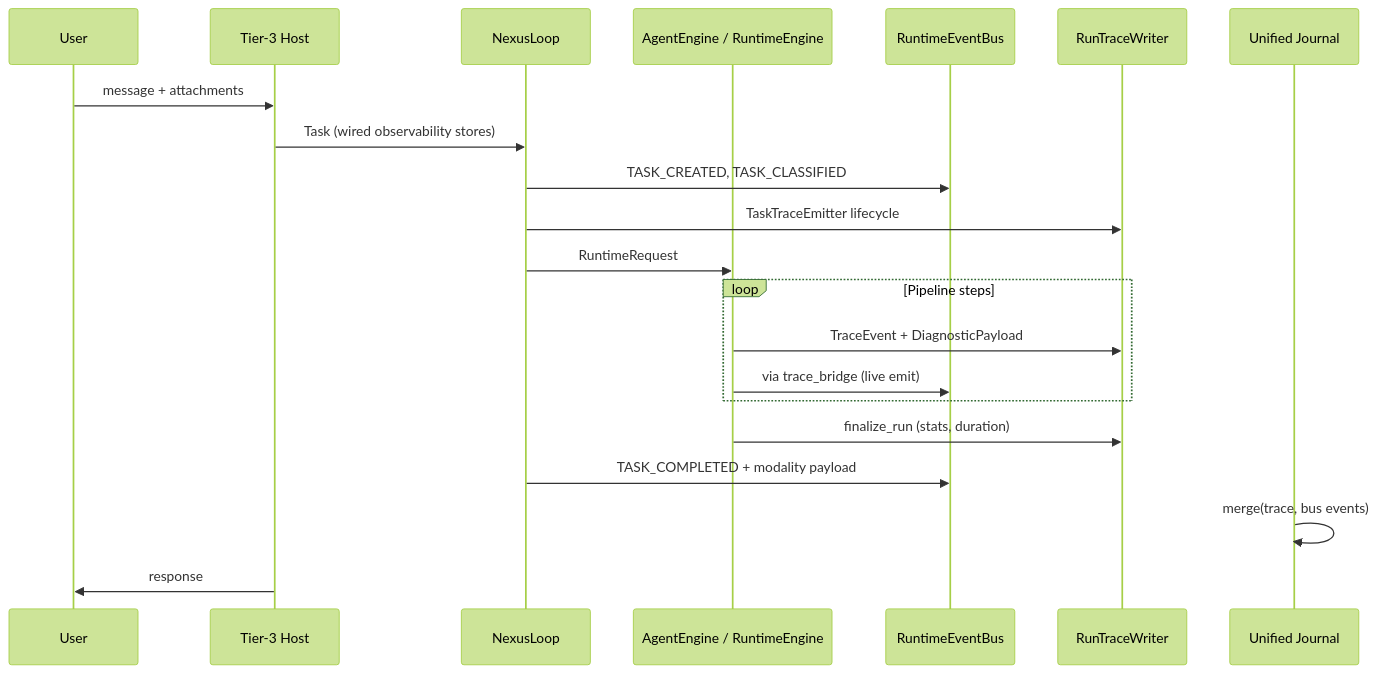
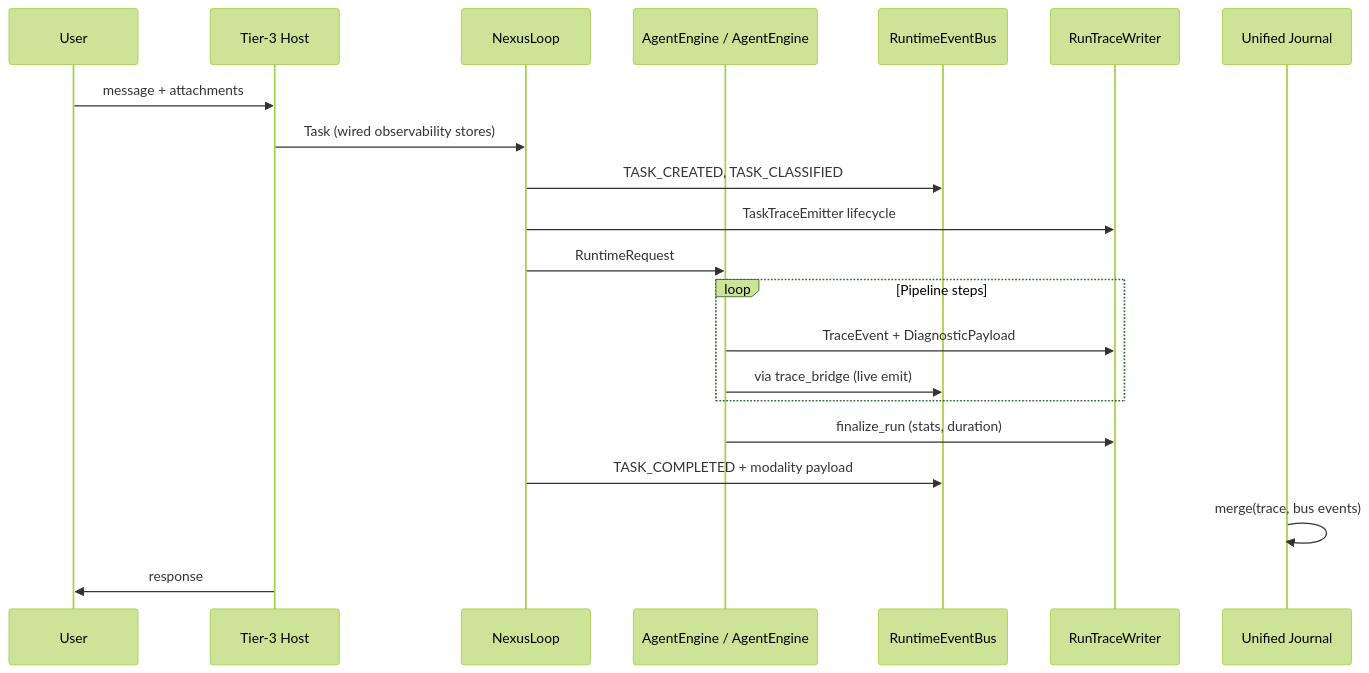
The diagram in docs/architecture/OBSERVABILITY.md (jakbuczarnecki/intergrax), drawn with Mermaid (forest theme) before and after one commit. The commit also changed 74 other files, not shown here.

Commit message:
Retire RuntimeEngine pipeline stack and scrub legacy docs (ACP-CLOSE-LEG-5)

````diff
--- a/docs/architecture/OBSERVABILITY.md
+++ b/docs/architecture/OBSERVABILITY.md
@@ -157,24 +157,24 @@
 ```mermaid
 sequenceDiagram
     participant User
     participant App as Tier-3 Host
     participant Nexus as NexusLoop
-    participant Engine as AgentEngine / RuntimeEngine
+    participant Engine as AgentEngine / AgentEngine
     participant Bus as RuntimeEventBus
     participant Trace as RunTraceWriter
     participant Journal as Unified Journal
 
     User->>App: message + attachments
     App->>Nexus: Task (wired observability stores)
     Nexus->>Bus: TASK_CREATED, TASK_CLASSIFIED
     Nexus->>Trace: TaskTraceEmitter lifecycle
     Nexus->>Engine: RuntimeRequest
     loop Pipeline steps
         Engine->>Trace: TraceEvent + DiagnosticPayload
         Engine->>Bus: via trace_bridge (live emit)
     end
     Engine->>Trace: finalize_run (stats, duration)
     Nexus->>Bus: TASK_COMPLETED + modality payload
     Journal->>Journal: merge(trace, bus events)
     App->>User: response
 ```
````
